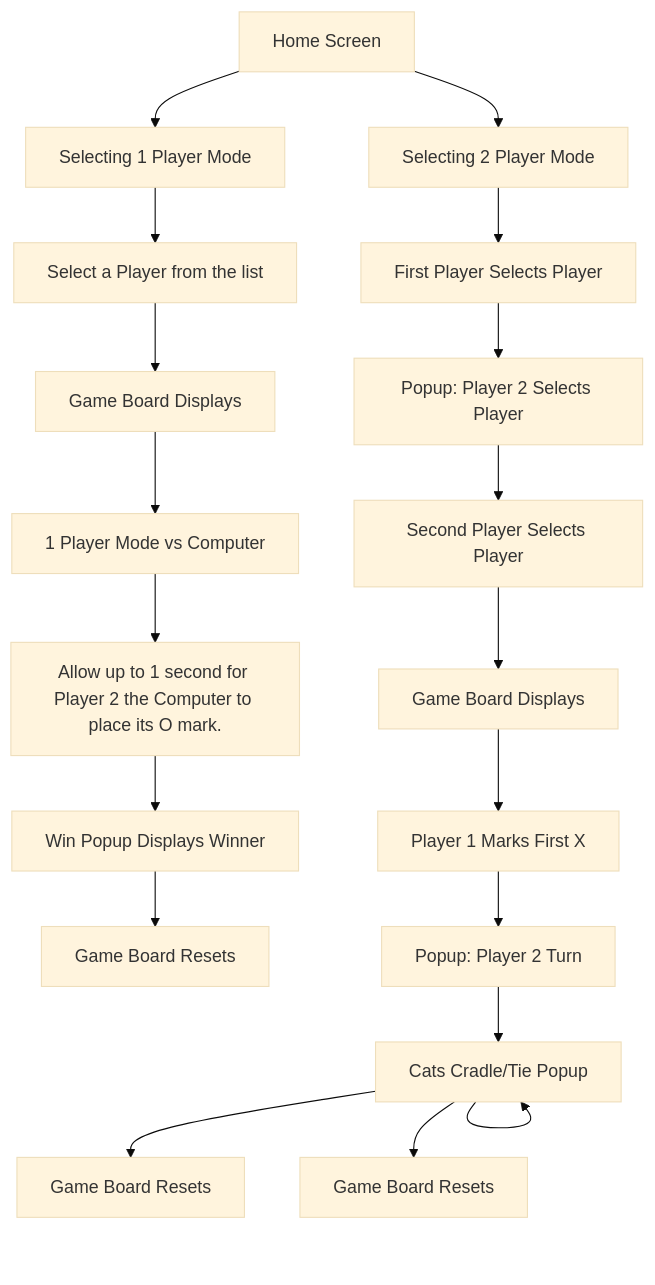
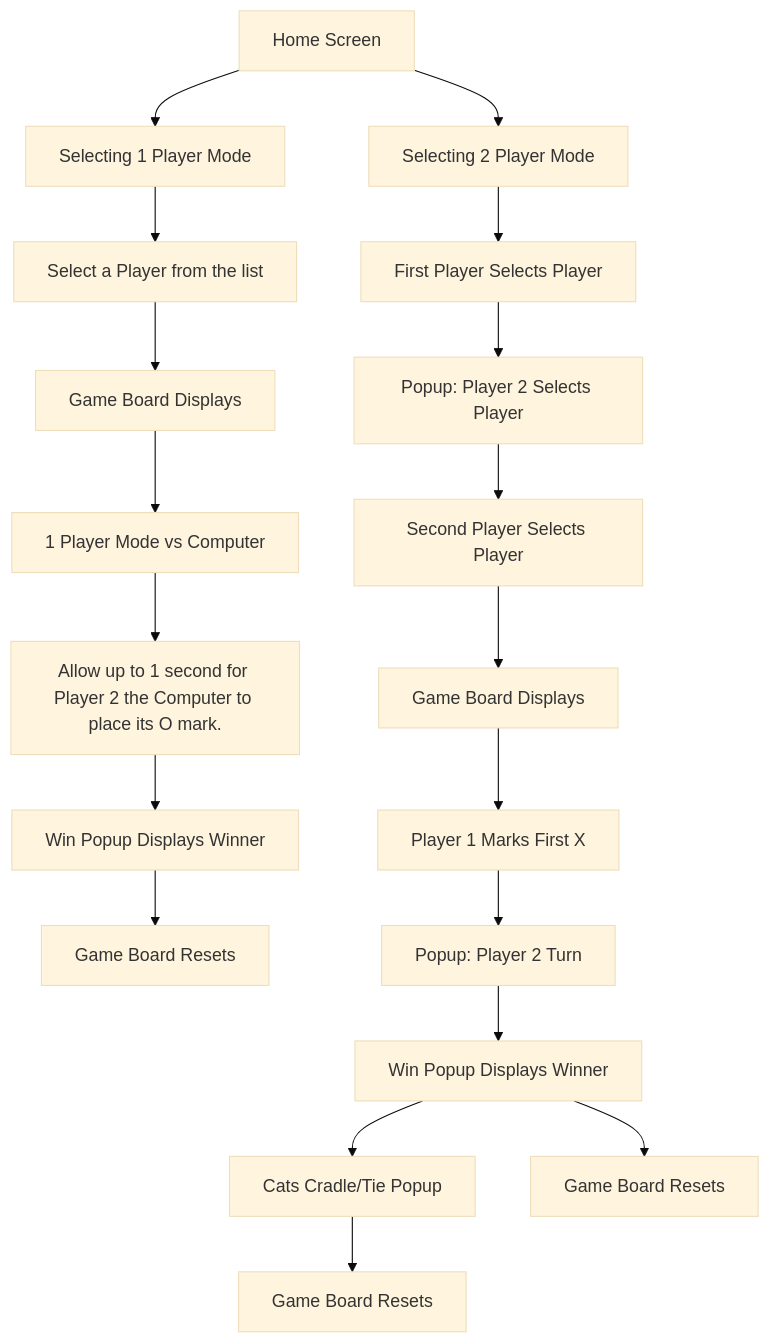
Before and after one commit to jfprogramming/tic-tac-toe: the second of 2 diagrams in README.md, drawn with Mermaid (base theme).

````diff
--- a/README.md
+++ b/README.md
@@ -59,21 +59,21 @@
 ```mermaid
 graph TD
     A[Home Screen] --> B[Selecting 1 Player Mode]
     B --> C[Select a Player from the list]
     C --> D[Game Board Displays]
     D --> E[1 Player Mode vs Computer]
     E --> F[Allow up to 1 second for Player 2 the Computer to place its O mark.]
     F --> G[Win Popup Displays Winner]
     G --> H[Game Board Resets]
     A --> I[Selecting 2 Player Mode]
     I --> J[First Player Selects Player]
     J --> K[Popup: Player 2 Selects Player]
     K --> L[Second Player Selects Player]
     L --> M[Game Board Displays]
     M --> N[Player 1 Marks First X]
     N --> O[Popup: Player 2 Turn]
     O --> P[Game Complete]
-    P[Win Popup Displays Winner] --> P[Cats Cradle/Tie Popup]
-    P --> Q[Game Board Resets]
+    P[Win Popup Displays Winner] --> Q[Cats Cradle/Tie Popup]
     P --> R[Game Board Resets]
+    Q --> S[Game Board Resets]
 ```
````
